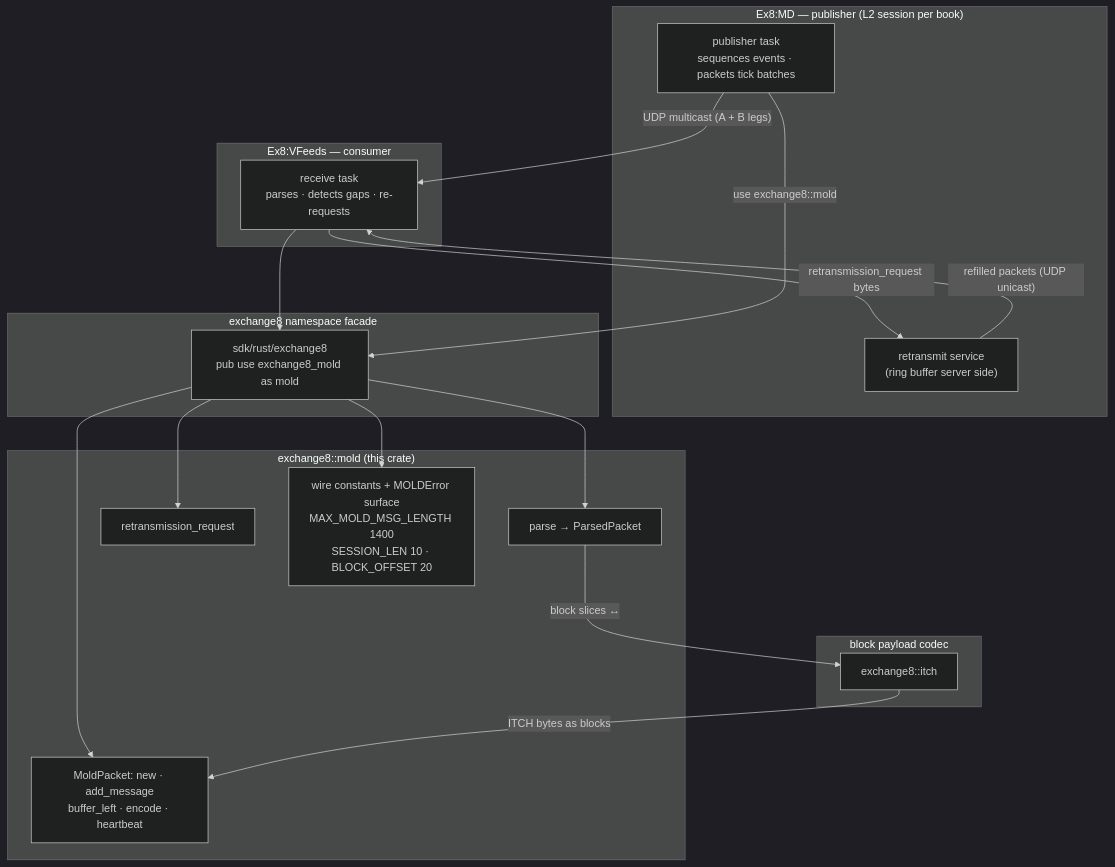
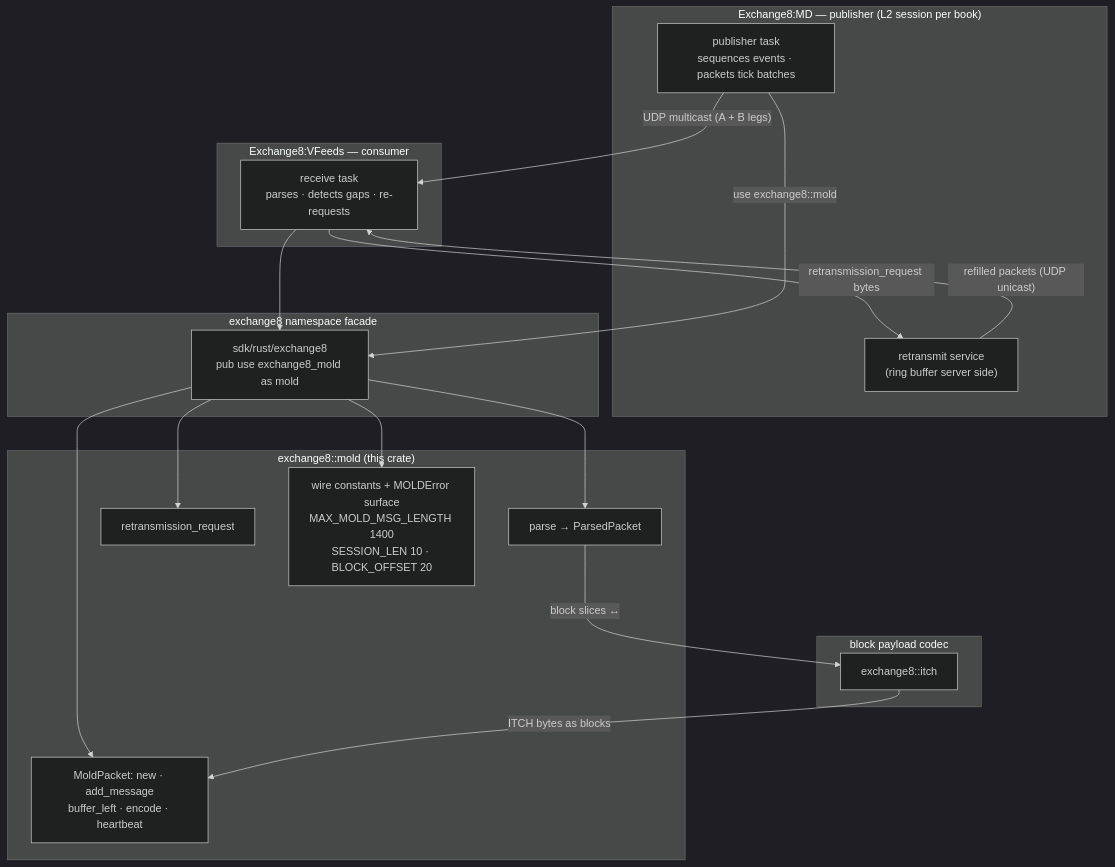
The first of 8 diagrams in crates/mold/DESIGN.md (Exchange8-dev/exchange8-sdk), drawn with Mermaid (dark theme) before and after one commit. The commit also changed other lines of this file and 29 other files, not shown here.

````diff
--- a/crates/mold/DESIGN.md
+++ b/crates/mold/DESIGN.md
@@ -27,38 +27,38 @@
 ```mermaid
 graph TD
-    subgraph MD["Ex8:MD — publisher (L2 session per book)"]
+    subgraph MD["Exchange8:MD — publisher (L2 session per book)"]
         PUBT["publisher task<br/>sequences events · packets tick batches"]
         RTR["retransmit service<br/>(ring buffer server side)"]
     end
 
-    subgraph VF["Ex8:VFeeds — consumer"]
+    subgraph VF["Exchange8:VFeeds — consumer"]
         RXT["receive task<br/>parses · detects gaps · re-requests"]
     end
 
     subgraph FACADE["exchange8 namespace facade"]
         SDK["sdk/rust/exchange8<br/>pub use exchange8_mold as mold"]
     end
 
     subgraph CRATE["exchange8::mold (this crate)"]
         B["MoldPacket: new · add_message<br/>buffer_left · encode · heartbeat"]
         P["parse → ParsedPacket"]
         RR["retransmission_request"]
         C["wire constants + MOLDError surface<br/>MAX_MOLD_MSG_LENGTH 1400<br/>SESSION_LEN 10 · BLOCK_OFFSET 20"]
     end
 
     subgraph PAYLOAD["block payload codec"]
         ITCH["exchange8::itch"]
     end
 
     PUBT -->|"use exchange8::mold"| SDK
     RXT --> SDK
     SDK --> B
     SDK --> P
     SDK --> RR
     SDK --> C
     ITCH -->|"ITCH bytes as blocks"| B
     P -->|"block slices ↔"| ITCH
     PUBT -->|"UDP multicast (A + B legs)"| RXT
     RXT -->|"retransmission_request bytes"| RTR
     RTR -->|"refilled packets (UDP unicast)"| RXT
 ```
````
